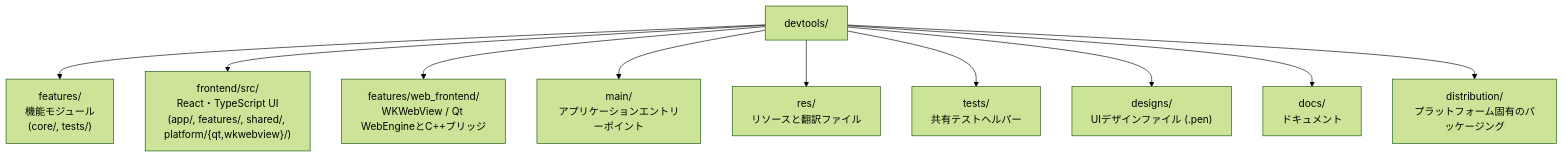
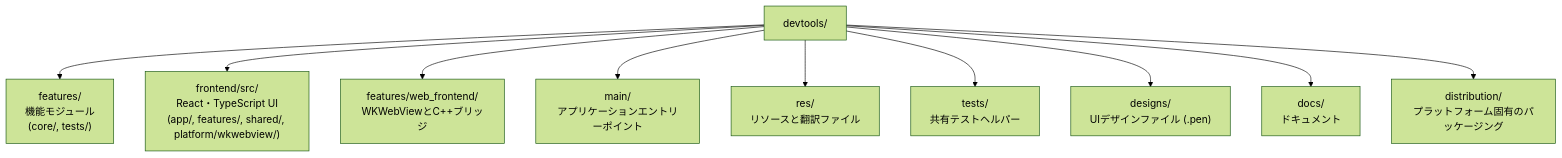
One commit to LotusAndCompany/devtools changed the first of 2 diagrams in docs/ja/CONTRIBUTING.md. Above: the diagram before and after it, drawn with Mermaid (forest theme). The commit also changed other lines of this file and 39 other files, not shown here.

````diff
--- a/docs/ja/CONTRIBUTING.md
+++ b/docs/ja/CONTRIBUTING.md
@@ -32,13 +32,13 @@
 ```mermaid
 flowchart TD
     root["devtools/"]
     root --> features["features/<br/>機能モジュール<br/>(core/, tests/)"]
-    root --> frontend["frontend/src/<br/>React・TypeScript UI<br/>(app/, features/, shared/, platform/{qt,wkwebview}/)"]
-    root --> webbridge["features/web_frontend/<br/>WKWebView / Qt WebEngineとC++ブリッジ"]
+    root --> frontend["frontend/src/<br/>React・TypeScript UI<br/>(app/, features/, shared/, platform/wkwebview/)"]
+    root --> webbridge["features/web_frontend/<br/>WKWebViewとC++ブリッジ"]
     root --> main["main/<br/>アプリケーションエントリーポイント"]
     root --> resources["res/<br/>リソースと翻訳ファイル"]
     root --> tests["tests/<br/>共有テストヘルパー"]
     root --> designs["designs/<br/>UIデザインファイル (.pen)"]
     root --> docs["docs/<br/>ドキュメント"]
     root --> distribution["distribution/<br/>プラットフォーム固有のパッケージング"]
 ```
````
